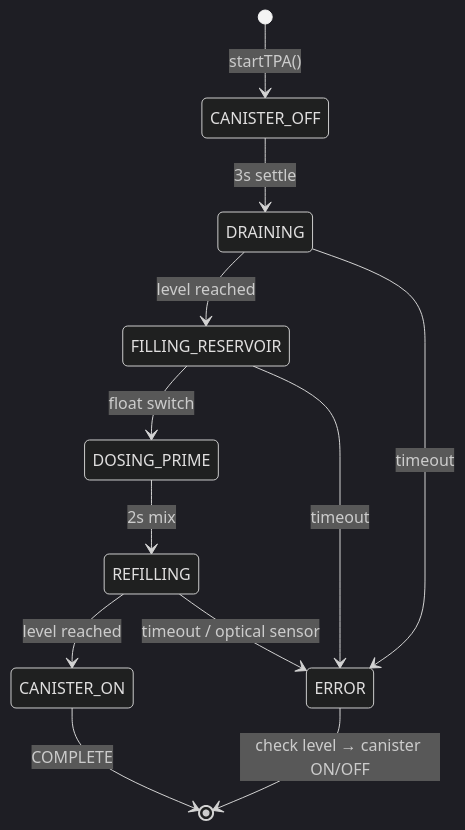
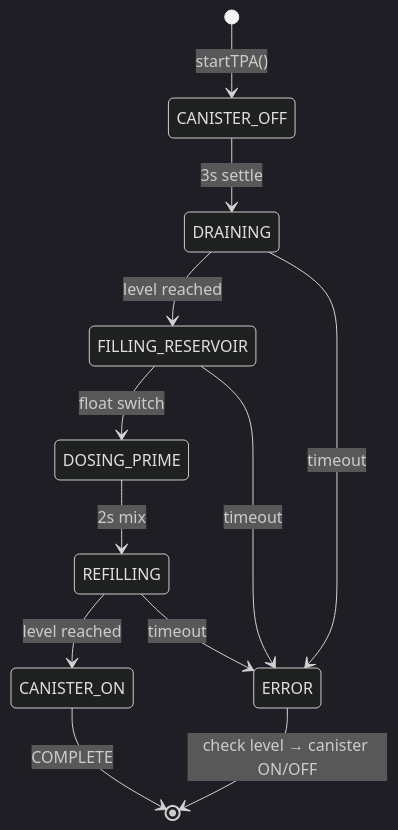
Before and after one commit to PhilipeGatis/IARA: the first of 2 diagrams in README.md, drawn with Mermaid (dark theme). The commit also changed other lines of this file and 9 other files, not shown here.

````diff
--- a/README.md
+++ b/README.md
@@ -75,15 +75,15 @@
 ```mermaid
 stateDiagram-v2
     [*] --> CANISTER_OFF: startTPA()
     CANISTER_OFF --> DRAINING: 3s settle
     DRAINING --> FILLING_RESERVOIR: level reached
     FILLING_RESERVOIR --> DOSING_PRIME: float switch
     DOSING_PRIME --> REFILLING: 2s mix
     REFILLING --> CANISTER_ON: level reached
     CANISTER_ON --> [*]: COMPLETE
 
     DRAINING --> ERROR: timeout
     FILLING_RESERVOIR --> ERROR: timeout
-    REFILLING --> ERROR: timeout / optical sensor
+    REFILLING --> ERROR: timeout
     ERROR --> [*]: check level → canister ON/OFF
 ```
````
